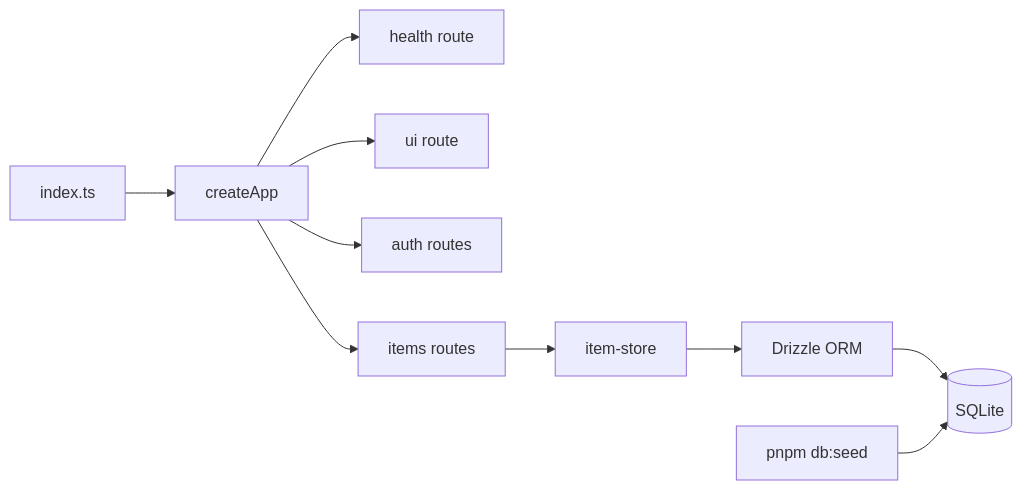
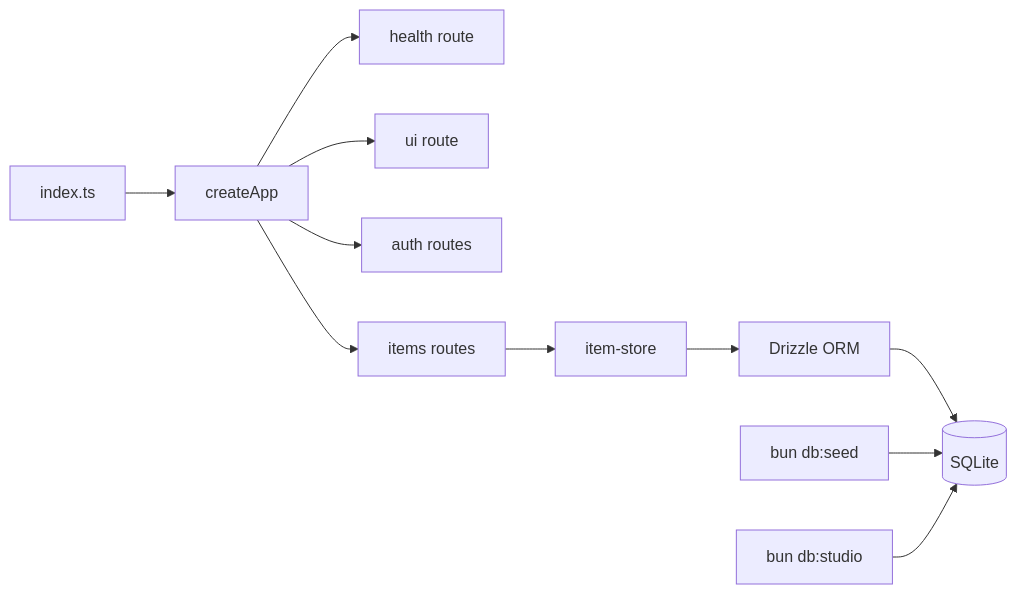
Before and after one commit to streamwhite/corymb: the first of 2 diagrams in features-logs/hono-server-crud.md, drawn with Mermaid. The commit also changed other lines of this file and 28 other files, not shown here.

````diff
--- a/features-logs/hono-server-crud.md
+++ b/features-logs/hono-server-crud.md
@@ -5,12 +5,13 @@
 ```mermaid
 flowchart LR
   A[index.ts] --> B[createApp]
   B --> C[health route]
   B --> U[ui route]
   B --> D[auth routes]
   B --> E[items routes]
   E --> F[item-store]
   F --> G[Drizzle ORM]
   G --> H[(SQLite)]
-  I[pnpm db:seed] --> H
+  I[bun db:seed] --> H
+  J[bun db:studio] --> H
 ```
````
